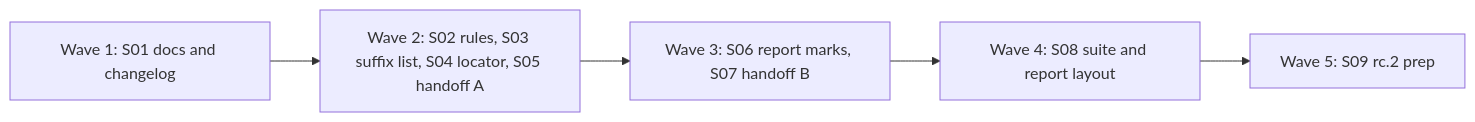
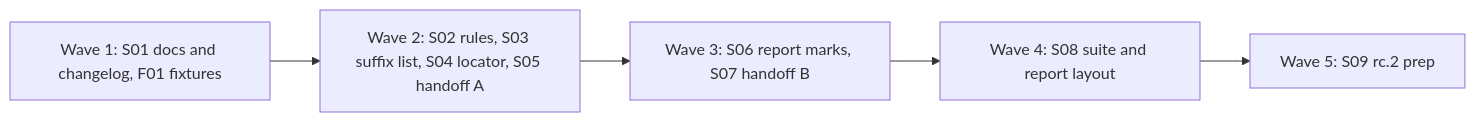
The diagram in docs/plan-0.3-rc.2.md (alfhen/pingwright), drawn with Mermaid before and after one commit. The commit also changed other lines of this file, not shown here.

````diff
--- a/docs/plan-0.3-rc.2.md
+++ b/docs/plan-0.3-rc.2.md
@@ -42,7 +42,7 @@
 ```mermaid
 flowchart LR
-  W1[Wave 1: S01 docs and changelog] --> W2[Wave 2: S02 rules, S03 suffix list, S04 locator, S05 handoff A]
+  W1[Wave 1: S01 docs and changelog, F01 fixtures] --> W2[Wave 2: S02 rules, S03 suffix list, S04 locator, S05 handoff A]
   W2 --> W3[Wave 3: S06 report marks, S07 handoff B]
   W3 --> W4[Wave 4: S08 suite and report layout]
   W4 --> W5[Wave 5: S09 rc.2 prep]
 ```
````
